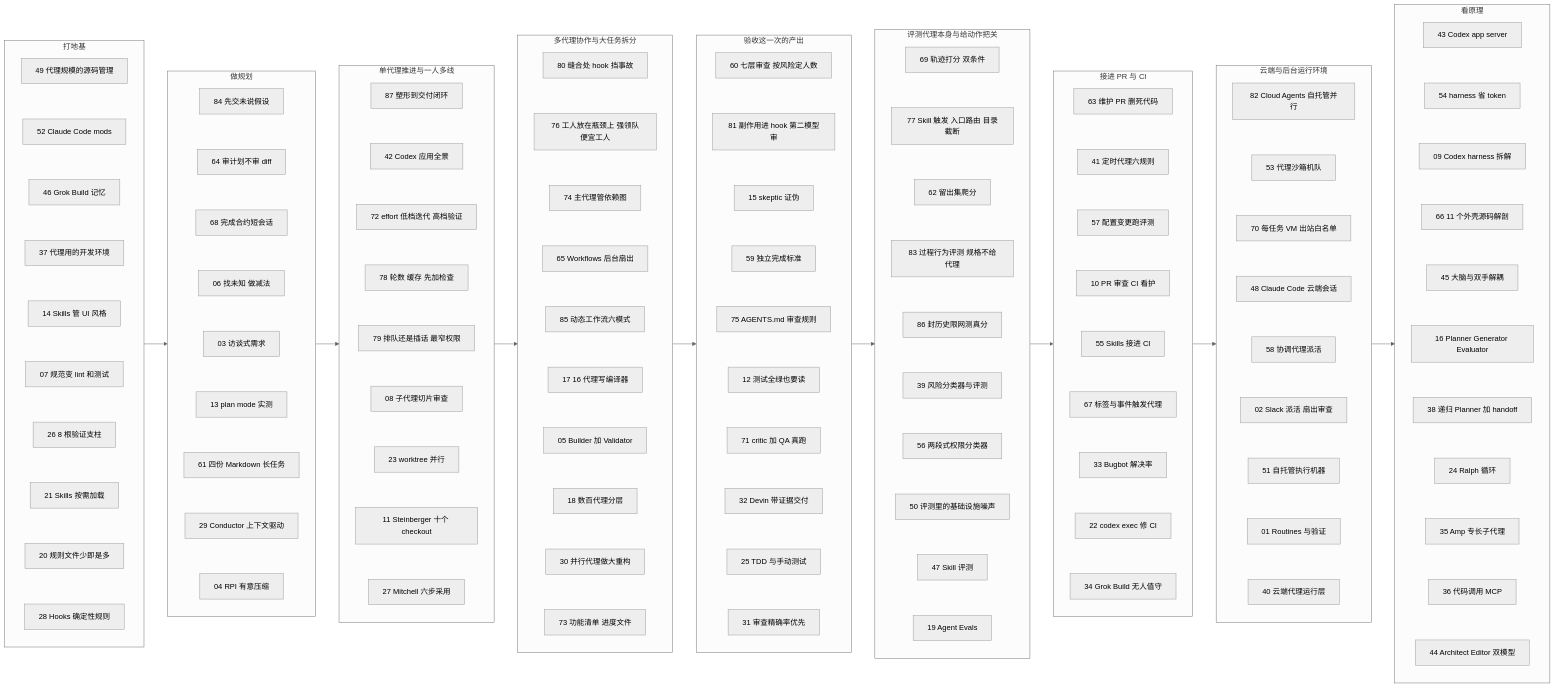
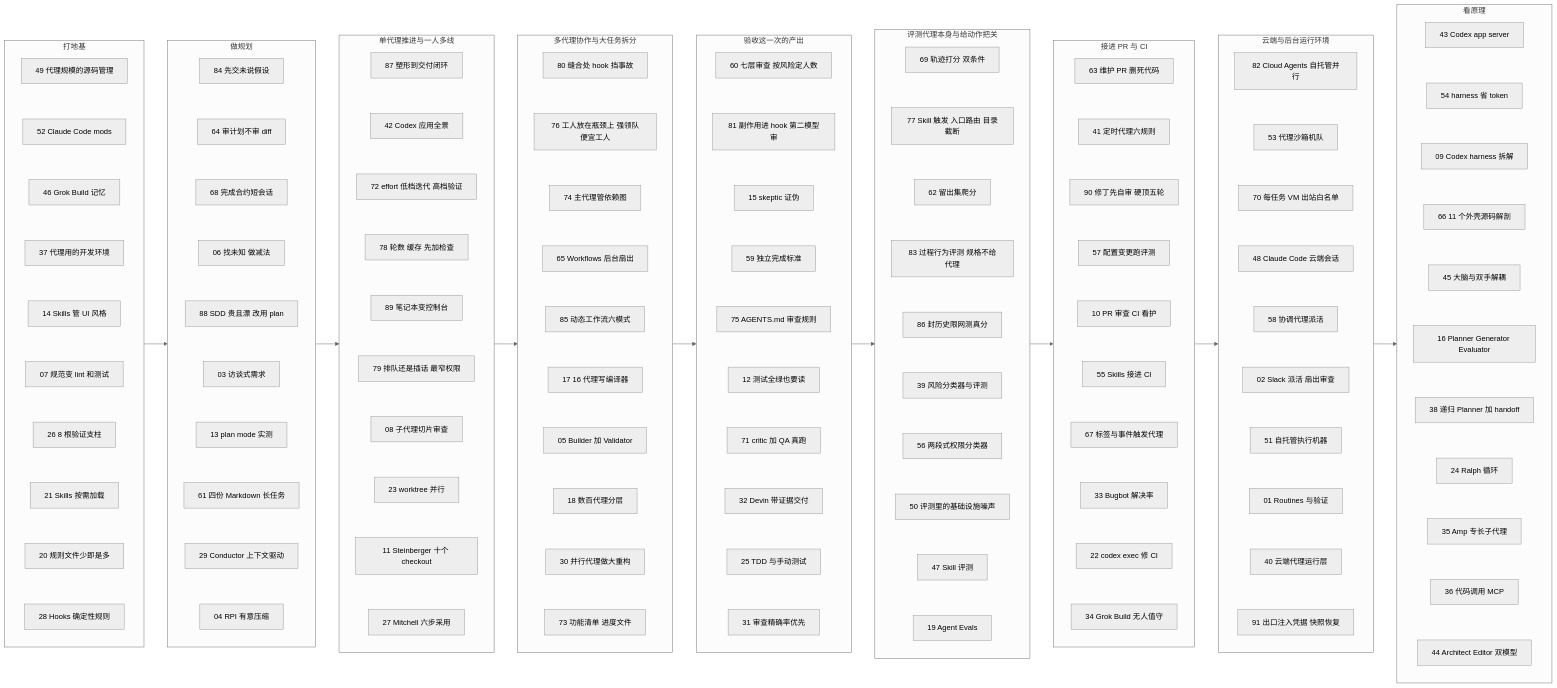
One commit to yzw7489757/ai-coding-videos changed the diagram in docs/index.md. Above: the diagram before and after it, drawn with Mermaid (neutral theme). The commit also changed other lines of this file and 17 other files, not shown here.

```diff
--- a/docs/index.md
+++ b/docs/index.md
@@ -142,6 +142,7 @@
     A64["64 审计划不审 diff"]
     A68["68 完成合约短会话"]
     A06["06 找未知 做减法"]
+    A88["88 SDD 贵且漂 改用 plan"]
     A03["03 访谈式需求"]
     A13["13 plan mode 实测"]
     A61["61 四份 Markdown 长任务"]
@@ -150,7 +151,8 @@
     A84 ~~~ A64
     A64 ~~~ A68
     A68 ~~~ A06
-    A06 ~~~ A03
+    A06 ~~~ A88
+    A88 ~~~ A03
     A03 ~~~ A13
     A13 ~~~ A61
     A61 ~~~ A29
@@ -162,6 +164,7 @@
     A42["42 Codex 应用全景"]
     A72["72 effort 低档迭代 高档验证"]
     A78["78 轮数 缓存 先加检查"]
+    A89["89 笔记本变控制台"]
     A79["79 排队还是插话 最窄权限"]
     A08["08 子代理切片审查"]
     A23["23 worktree 并行"]
@@ -170,7 +173,8 @@
     A87 ~~~ A42
     A42 ~~~ A72
     A72 ~~~ A78
-    A78 ~~~ A79
+    A78 ~~~ A89
+    A89 ~~~ A79
     A79 ~~~ A08
     A08 ~~~ A23
     A23 ~~~ A11
@@ -246,6 +250,7 @@
     direction TB
     A63["63 维护 PR 删死代码"]
     A41["41 定时代理六规则"]
+    A90["90 修丁先自审 硬顶五轮"]
     A57["57 配置变更跑评测"]
     A10["10 PR 审查 CI 看护"]
     A55["55 Skills 接进 CI"]
@@ -254,7 +259,8 @@
     A22["22 codex exec 修 CI"]
     A34["34 Grok Build 无人值守"]
     A63 ~~~ A41
-    A41 ~~~ A57
+    A41 ~~~ A90
+    A90 ~~~ A57
     A57 ~~~ A10
     A10 ~~~ A55
     A55 ~~~ A67
@@ -273,6 +279,7 @@
     A51["51 自托管执行机器"]
     A01["01 Routines 与验证"]
     A40["40 云端代理运行层"]
+    A91["91 出口注入凭据 快照恢复"]
     A82 ~~~ A53
     A53 ~~~ A70
     A70 ~~~ A48
@@ -281,6 +288,7 @@
     A02 ~~~ A51
     A51 ~~~ A01
     A01 ~~~ A40
+    A40 ~~~ A91
   end
   subgraph S9["看原理"]
     direction TB
```
